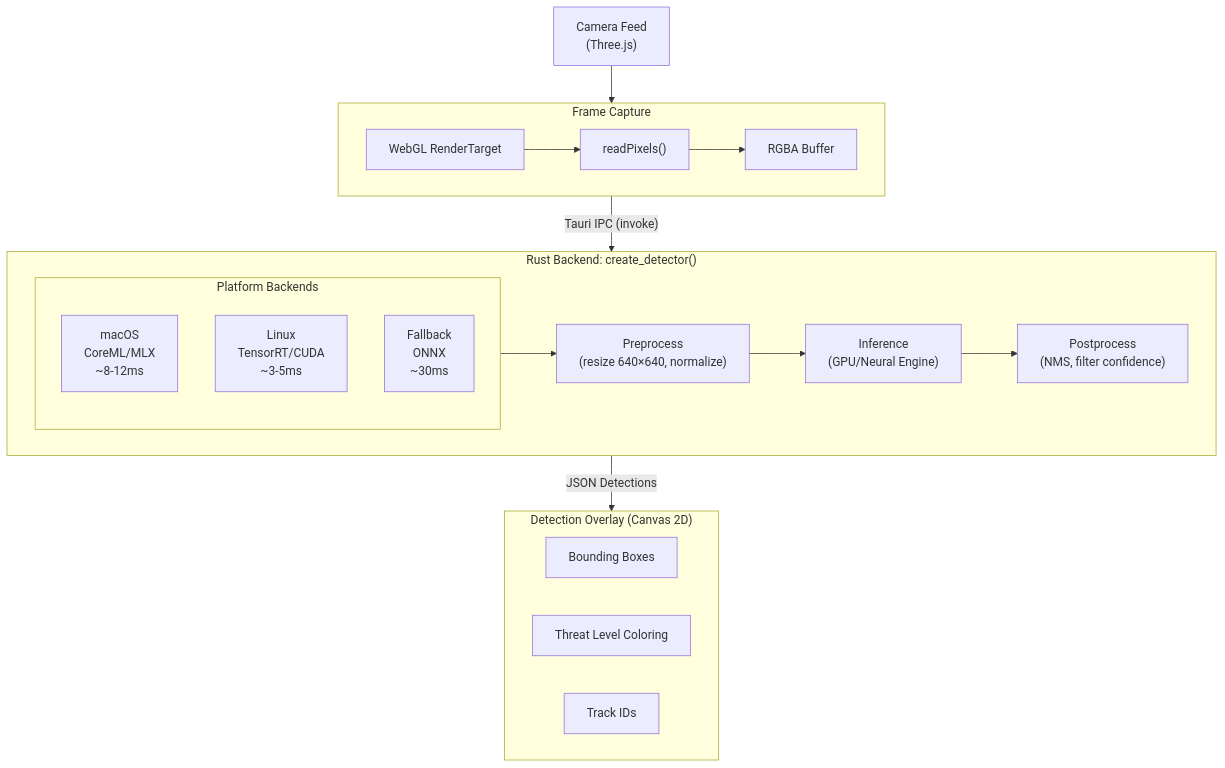
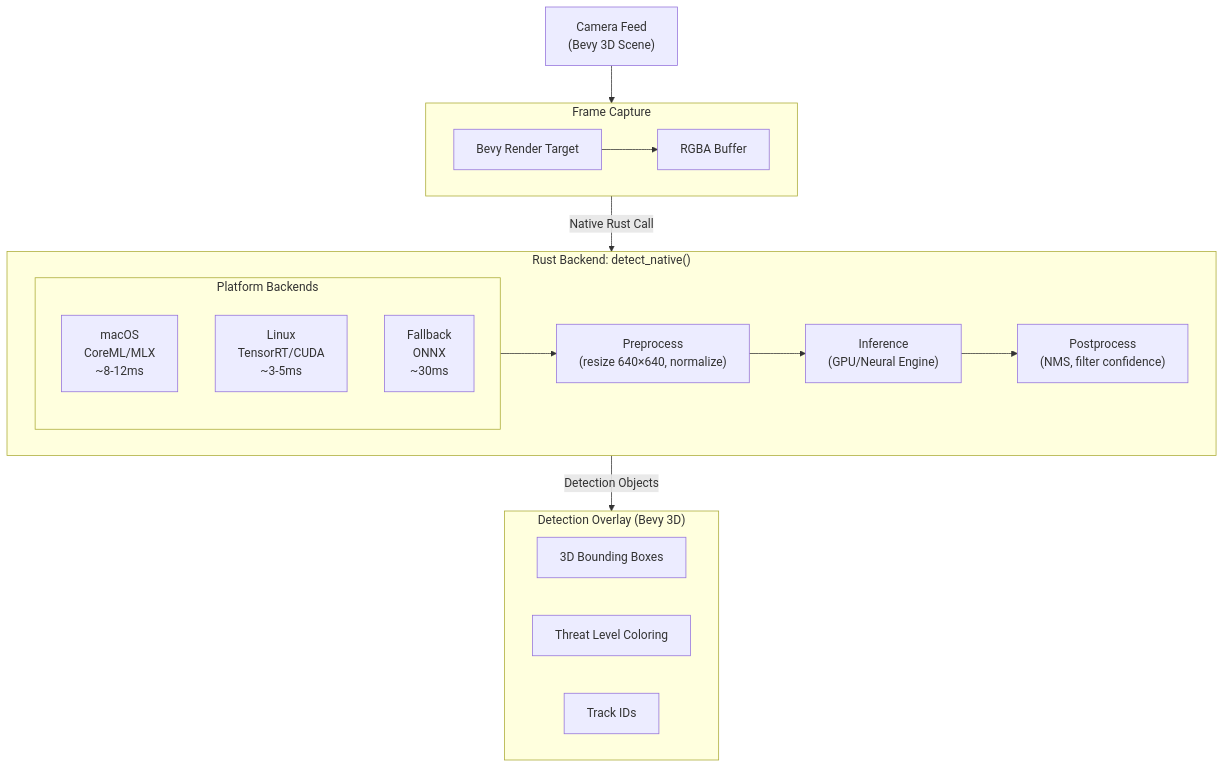
The fifth of 6 diagrams in README.md (sepehrmn/crebain-native), drawn with Mermaid before and after one commit. The commit also changed other lines of this file and 13 other files, not shown here.

````diff
--- a/README.md
+++ b/README.md
@@ -458,34 +450,33 @@
 ```mermaid
 flowchart TB
-    CameraFeed["Camera Feed<br/>(Three.js)"]
+    CameraFeed["Camera Feed<br/>(Bevy 3D Scene)"]
     
     subgraph Capture["Frame Capture"]
-        WebGL["WebGL RenderTarget"]
-        ReadPixels["readPixels()"]
-        RGBA["RGBA Buffer"]
-        WebGL --> ReadPixels --> RGBA
+        BevyRT["Bevy Render Target"]
+        ReadPixels["RGBA Buffer"]
+        BevyRT --> ReadPixels
     end
     
-    subgraph Backend["Rust Backend: create_detector()"]
+    subgraph Backend["Rust Backend: detect_native()"]
         subgraph Backends["Platform Backends"]
             macOS["macOS<br/>CoreML/MLX<br/>~8-12ms"]
             Linux["Linux<br/>TensorRT/CUDA<br/>~3-5ms"]
             Fallback["Fallback<br/>ONNX<br/>~30ms"]
         end
         Preprocess["Preprocess<br/>(resize 640×640, normalize)"]
         Inference["Inference<br/>(GPU/Neural Engine)"]
         Postprocess["Postprocess<br/>(NMS, filter confidence)"]
         
         Backends --> Preprocess --> Inference --> Postprocess
     end
     
-    subgraph Overlay["Detection Overlay (Canvas 2D)"]
-        BBox["Bounding Boxes"]
+    subgraph Overlay["Detection Overlay (Bevy 3D)"]
+        BBox["3D Bounding Boxes"]
         Threat["Threat Level Coloring"]
         TrackID["Track IDs"]
     end
     
     CameraFeed --> Capture
-    Capture -->|"Tauri IPC (invoke)"| Backend
-    Backend -->|"JSON Detections"| Overlay
+    Capture -->|"Native Rust Call"| Backend
+    Backend -->|"Detection Objects"| Overlay
 ```
````
